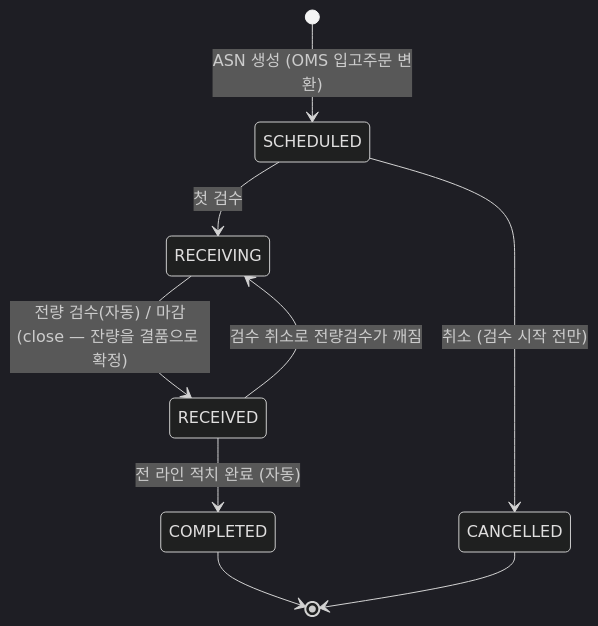
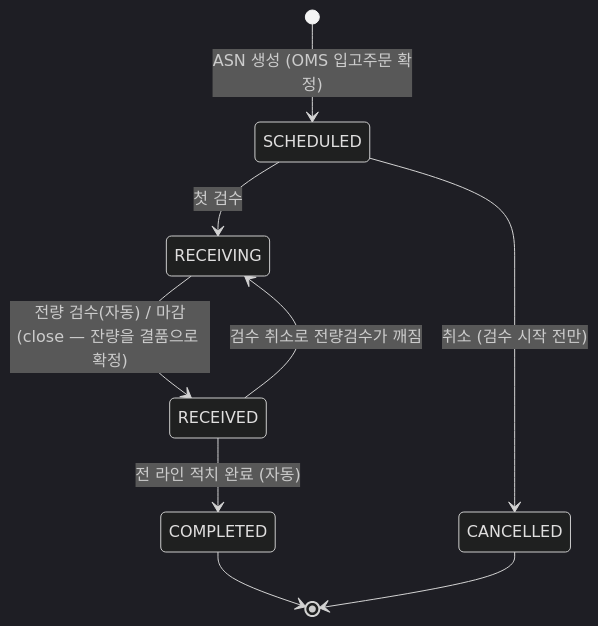
The second of 4 diagrams in docs/design.md (jhogunhee/logistics-back), drawn with Mermaid (dark theme) before and after one commit. The commit also changed other lines of this file and 14 other files, not shown here.

````diff
--- a/docs/design.md
+++ b/docs/design.md
@@ -91,11 +97,11 @@
 ```mermaid
 stateDiagram-v2
-    [*] --> SCHEDULED : ASN 생성 (OMS 입고주문 변환)
+    [*] --> SCHEDULED : ASN 생성 (OMS 입고주문 확정)
     SCHEDULED --> RECEIVING : 첫 검수
     SCHEDULED --> CANCELLED : 취소 (검수 시작 전만)
     RECEIVING --> RECEIVED : 전량 검수(자동) / 마감(close — 잔량을 결품으로 확정)
     RECEIVED --> RECEIVING : 검수 취소로 전량검수가 깨짐
     RECEIVED --> COMPLETED : 전 라인 적치 완료 (자동)
     COMPLETED --> [*]
     CANCELLED --> [*]
 ```
````
